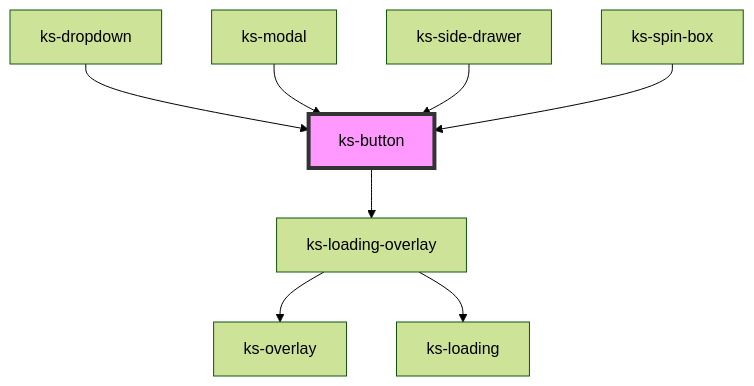
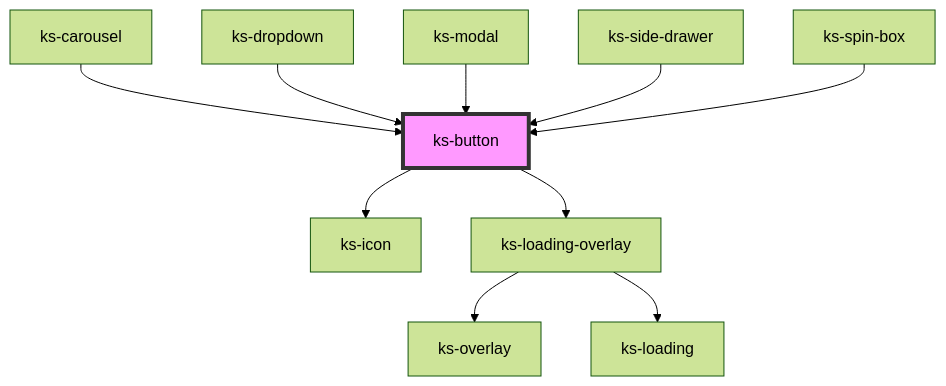
One commit to kickstand-ui/kickstand-ui changed the diagram in src/scripts/components/button/readme.md. Above: the diagram before and after it, drawn with Mermaid (forest theme). The commit also changed other lines of this file and 19 other files, not shown here.

````diff
--- a/src/scripts/components/button/readme.md
+++ b/src/scripts/components/button/readme.md
@@ -44,11 +46,13 @@
 ```mermaid
 graph TD;
+  ks-button --> ks-icon
   ks-button --> ks-loading-overlay
   ks-loading-overlay --> ks-overlay
   ks-loading-overlay --> ks-loading
+  ks-carousel --> ks-button
   ks-dropdown --> ks-button
   ks-modal --> ks-button
   ks-side-drawer --> ks-button
   ks-spin-box --> ks-button
   style ks-button fill:#f9f,stroke:#333,stroke-width:4px
 ```
````
